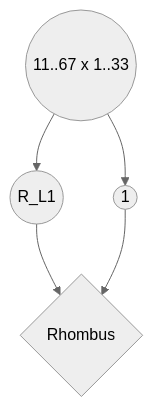
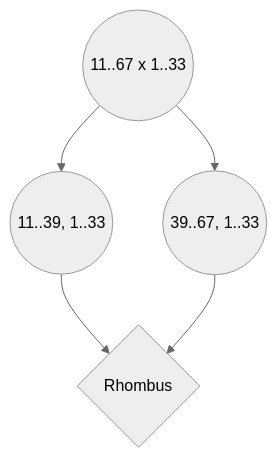
The diagram in clanek.md (chazzka/clanekforest), drawn with Mermaid (neutral theme) before and after one commit. The commit also changed other lines of this file, not shown here.

Commit message:
clanek.md updated from https://stackeditpro.io/

````diff
--- a/clanek.md
+++ b/clanek.md
@@ -243,7 +243,7 @@
 ```mermaid
 graph TB
-A((11..67 x 1..33)) --> B((R_L1))
-A --> C((1))
+A((11..67 x 1..33)) --> B((11..39, 1..33))
+A --> C((39..67, 1..33))
 B --> D{Rhombus}
 C --> D
 ```
````
